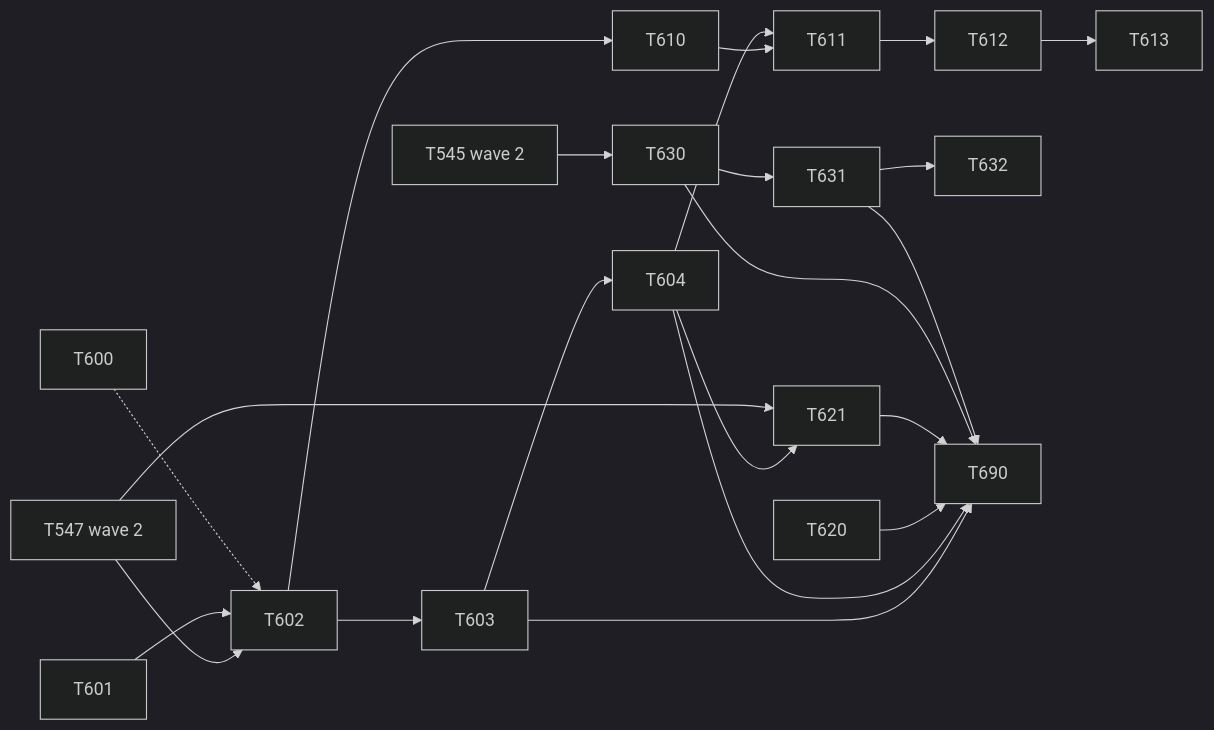
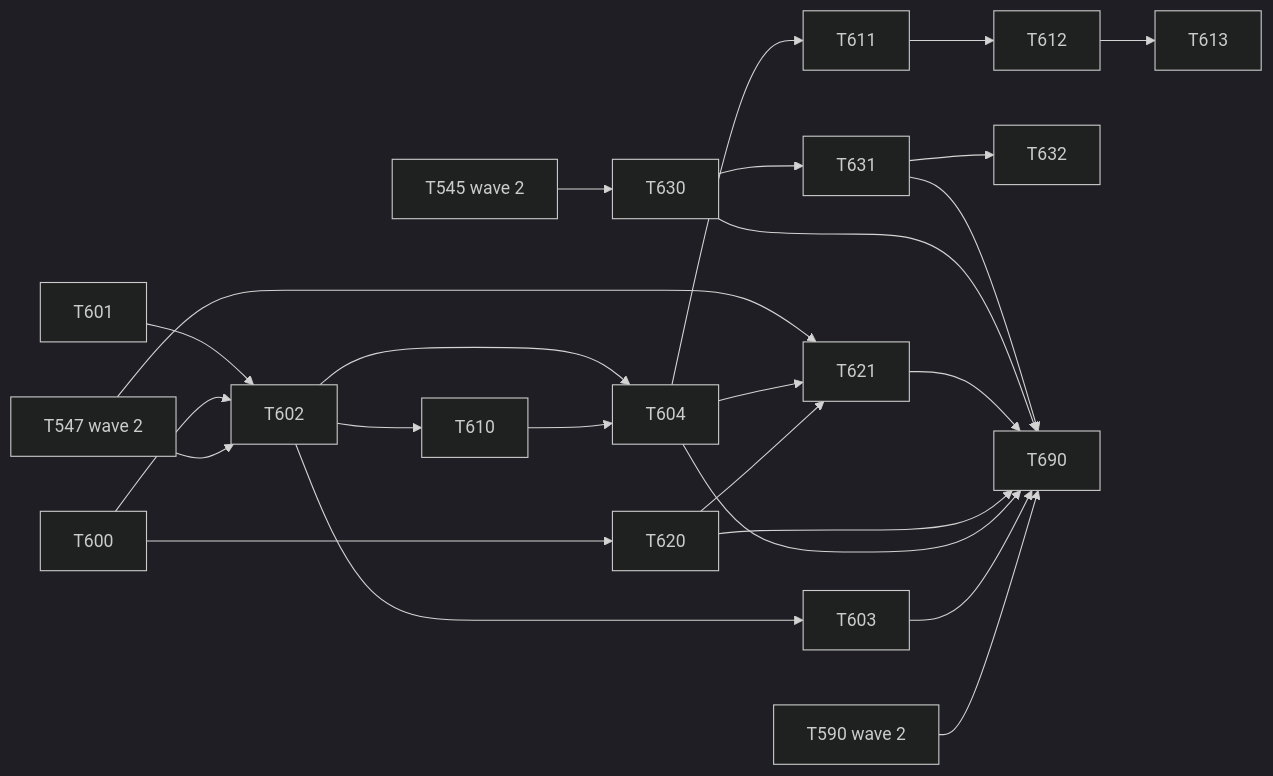
One commit to kvelev/bee-with-me changed the diagram in docs/superpowers/plans/2026-11-11-vs-wave3-overview.md. Above: the diagram before and after it, drawn with Mermaid (dark theme). The commit also changed other lines of this file and 4 other files, not shown here.

````diff
--- a/docs/superpowers/plans/2026-11-11-vs-wave3-overview.md
+++ b/docs/superpowers/plans/2026-11-11-vs-wave3-overview.md
@@ -43,12 +46,16 @@
 ```mermaid
 flowchart LR
     T547[T547 wave 2] --> T602
-    T601 --> T602 --> T603 --> T604
-    T602 --> T610 --> T611 --> T612 --> T613
-    T604 --> T611
+    T600 --> T602
+    T601 --> T602
+    T602 --> T603
+    T602 --> T610 --> T604
+    T602 --> T604
+    T604 --> T611 --> T612 --> T613
+    T600 --> T620 --> T621
     T604 --> T621
     T547 --> T621
-    T600 -.-> T602
     T545[T545 wave 2] --> T630 --> T631 --> T632
+    T590[T590 wave 2] --> T690
     T603 & T604 & T620 & T621 & T630 & T631 --> T690
 ```
````
